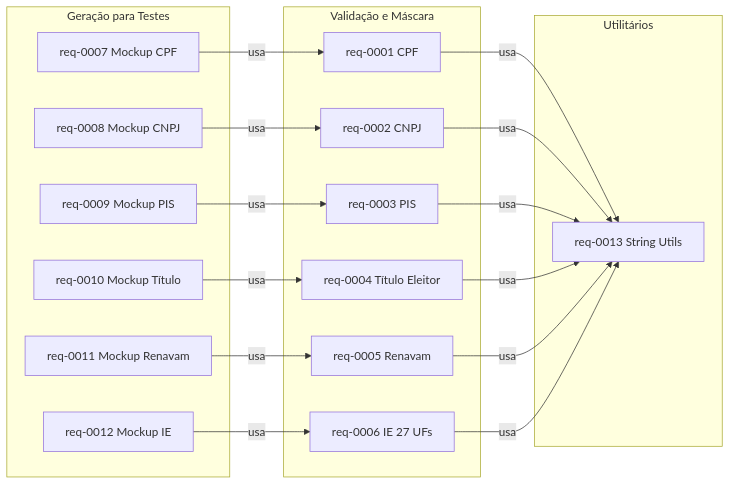
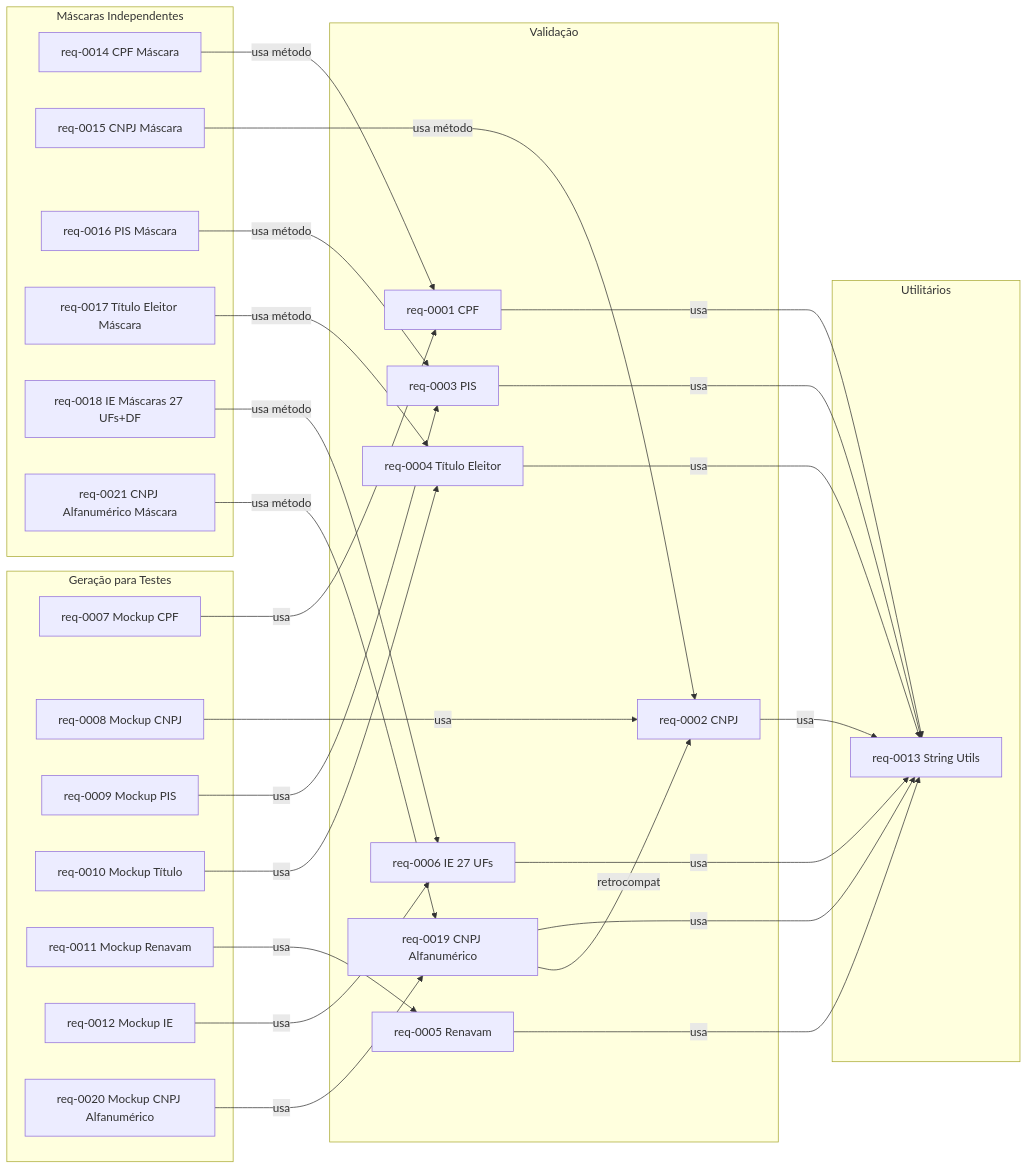
The diagram in docs/system-mapping.md (rodabarbosa/ValidationNuget), drawn with Mermaid before and after one commit. The commit also changed other lines of this file and 119 other files, not shown here.

First line of the commit message:
feat: CNPJ Alfanumérico (IN RFB 2.229/2024) + SonarCloud badge + build cleanup

````diff
--- a/docs/system-mapping.md
+++ b/docs/system-mapping.md
@@ -70,34 +74,53 @@
 ```mermaid
 flowchart LR
-    subgraph Validacao[Validação e Máscara]
+    subgraph Validacao[Validação]
         req-0001[req-0001 CPF]
         req-0002[req-0002 CNPJ]
         req-0003[req-0003 PIS]
         req-0004[req-0004 Título Eleitor]
         req-0005[req-0005 Renavam]
         req-0006[req-0006 IE 27 UFs]
+        req-0019[req-0019 CNPJ Alfanumérico]
     end
     subgraph Mockup[Geração para Testes]
         req-0007[req-0007 Mockup CPF]
         req-0008[req-0008 Mockup CNPJ]
         req-0009[req-0009 Mockup PIS]
         req-0010[req-0010 Mockup Título]
         req-0011[req-0011 Mockup Renavam]
         req-0012[req-0012 Mockup IE]
+        req-0020[req-0020 Mockup CNPJ Alfanumérico]
     end
     subgraph Utils[Utilitários]
         req-0013[req-0013 String Utils]
+    end
+    subgraph Mascaras[Máscaras Independentes]
+        req-0014[req-0014 CPF Máscara]
+        req-0015[req-0015 CNPJ Máscara]
+        req-0016[req-0016 PIS Máscara]
+        req-0017[req-0017 Título Eleitor Máscara]
+        req-0018[req-0018 IE Máscaras 27 UFs+DF]
+        req-0021[req-0021 CNPJ Alfanumérico Máscara]
     end
     req-0007 -->|usa| req-0001
     req-0008 -->|usa| req-0002
     req-0009 -->|usa| req-0003
     req-0010 -->|usa| req-0004
     req-0011 -->|usa| req-0005
     req-0012 -->|usa| req-0006
+    req-0020 -->|usa| req-0019
     req-0001 -->|usa| req-0013
     req-0002 -->|usa| req-0013
     req-0003 -->|usa| req-0013
     req-0004 -->|usa| req-0013
     req-0005 -->|usa| req-0013
     req-0006 -->|usa| req-0013
+    req-0014 -->|usa método| req-0001
+    req-0015 -->|usa método| req-0002
+    req-0016 -->|usa método| req-0003
+    req-0017 -->|usa método| req-0004
+    req-0018 -->|usa método| req-0006
+    req-0019 -->|retrocompat| req-0002
+    req-0019 -->|usa| req-0013
+    req-0021 -->|usa método| req-0019
 ```
````
